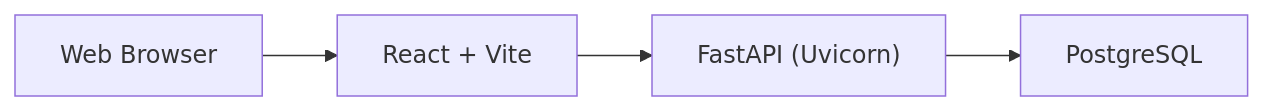
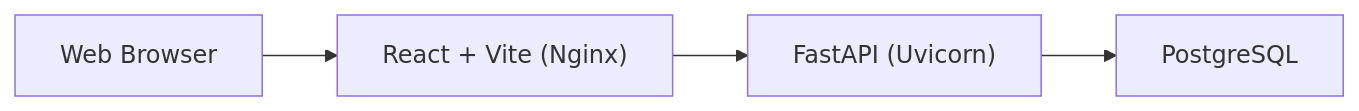
Before and after one commit to rubenpeq/Bitzer_Project: the diagram in README.md, drawn with Mermaid. The commit also changed other lines of this file, not shown here.

````diff
--- a/README.md
+++ b/README.md
@@ -19,6 +19,6 @@
 ```mermaid
 flowchart LR
-  Tablet["Web Browser"] --> Frontend["React + Vite"]
+  Tablet["Web Browser"] --> Frontend["React + Vite (Nginx)"]
   Frontend --> Backend["FastAPI (Uvicorn)"]
   Backend --> Database["PostgreSQL"]
 ```
````
